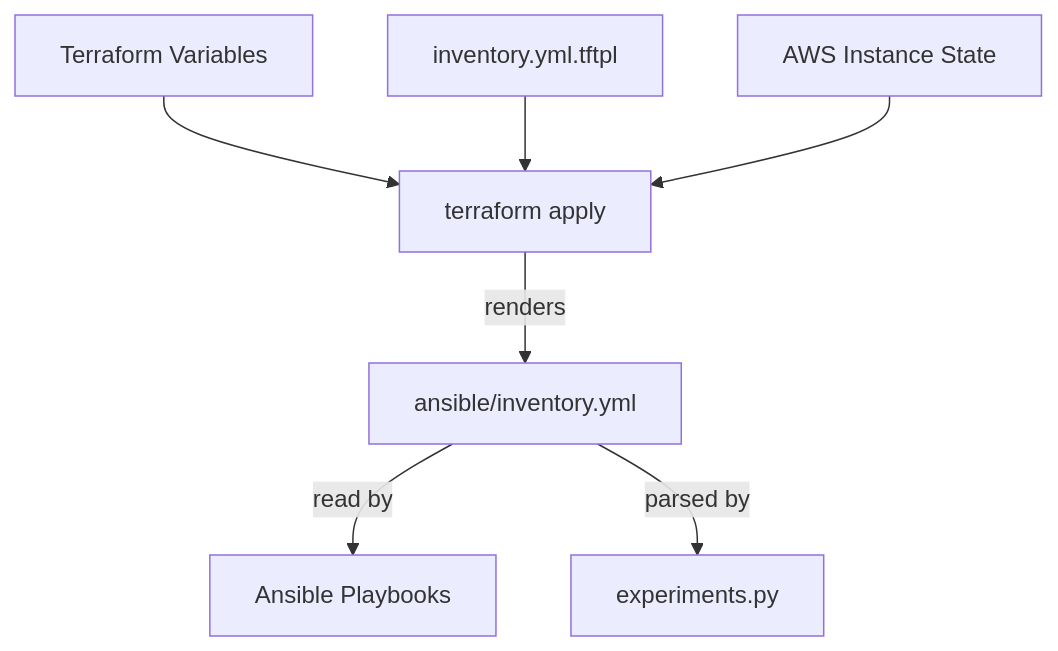
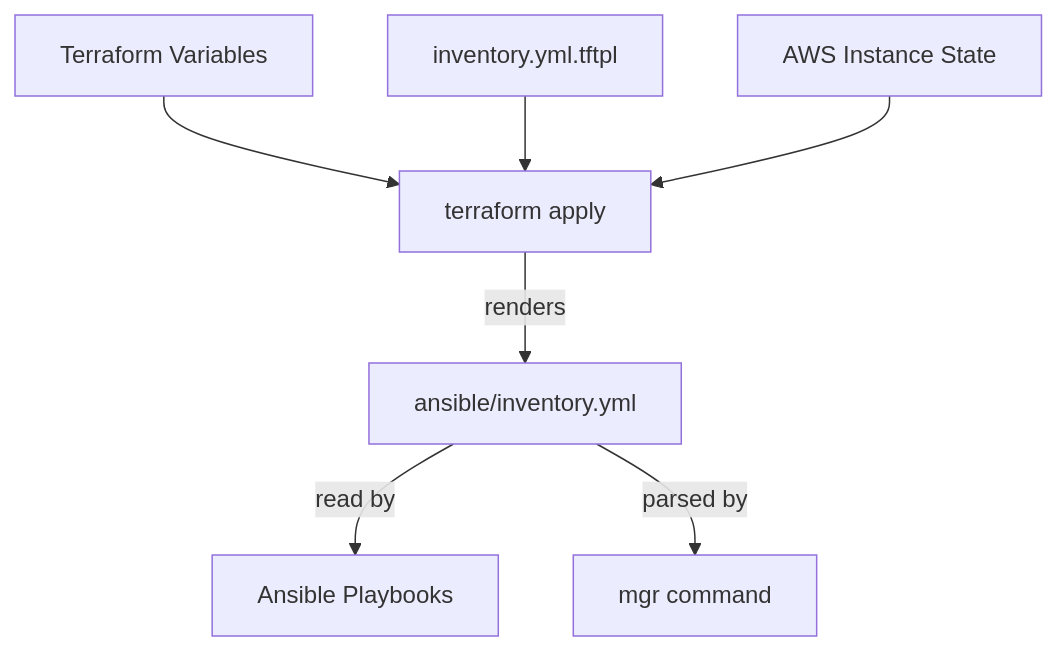
Before and after one commit to kestivvi/mgr-csr-vs-ssr: the diagram in docs/how-ansible-inventory-is-created.md, drawn with Mermaid. The commit also changed other lines of this file and 657 other files, not shown here.

````diff
--- a/docs/how-ansible-inventory-is-created.md
+++ b/docs/how-ansible-inventory-is-created.md
@@ -9,9 +9,9 @@
 ```mermaid
 graph TD
     TF_Vars[Terraform Variables] --> TF_Apply[terraform apply]
     TF_Template[inventory.yml.tftpl] --> TF_Apply
     AWS_State[AWS Instance State] --> TF_Apply
     TF_Apply -->|renders| Inventory[ansible/inventory.yml]
     Inventory -->|read by| Ansible[Ansible Playbooks]
-    Inventory -->|parsed by| Orchestrator[experiments.py]
+    Inventory -->|parsed by| Orchestrator[mgr command]
 ```
````
